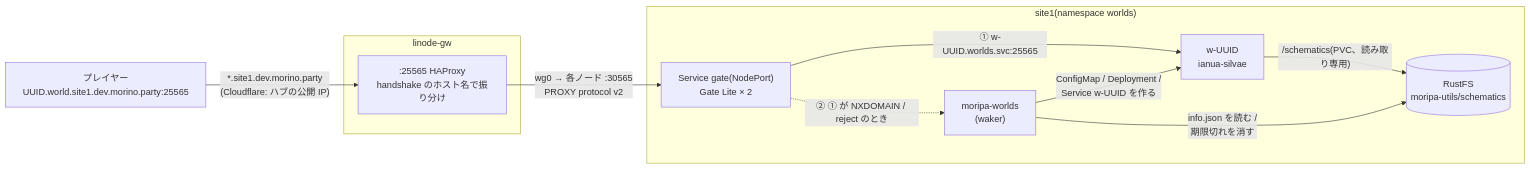
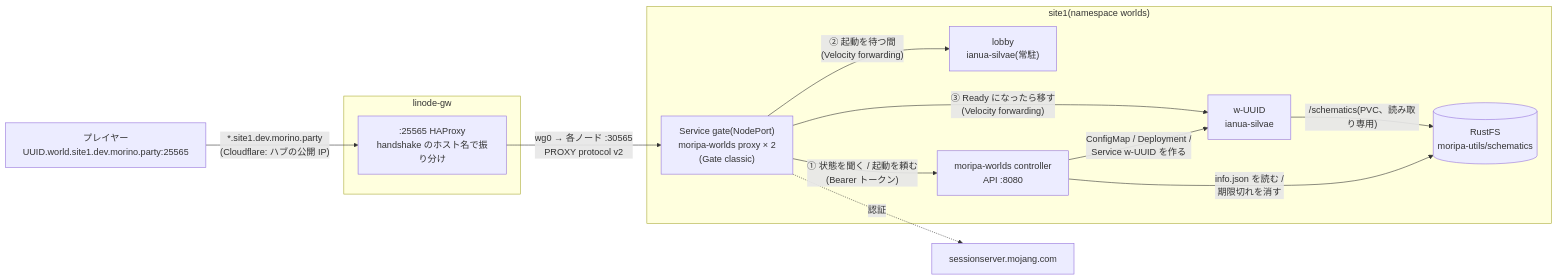
Before and after one commit to morinoparty/moripa-infra: the diagram in docs/content/docs/admin/worlds.mdx, drawn with Mermaid. The commit also changed other lines of this file and 8 other files, not shown here.

First line of the commit message:
worlds: 待合ロビーで起動を待たせ、Gate を組み込んだ moripa-worlds proxy からワールドへ移す構成に切り替える

````diff
--- a/docs/content/docs/admin/worlds.mdx
+++ b/docs/content/docs/admin/worlds.mdx
@@ -26,18 +35,21 @@
 ```mermaid
 flowchart LR
     P["プレイヤー<br/>UUID.world.site1.dev.morino.party:25565"] -- "*.site1.dev.morino.party<br/>(Cloudflare: ハブの公開 IP)" --> HAP
     subgraph GW["linode-gw"]
       HAP[":25565 HAProxy<br/>handshake のホスト名で振り分け"]
     end
     HAP -- "wg0 → 各ノード :30565<br/>PROXY protocol v2" --> GATE
     subgraph K8S["site1(namespace worlds)"]
-      GATE["Service gate(NodePort)<br/>Gate Lite × 2"]
+      GATE["Service gate(NodePort)<br/>moripa-worlds proxy × 2<br/>(Gate classic)"]
+      L["lobby<br/>ianua-silvae(常駐)"]
       W["w-UUID<br/>ianua-silvae"]
-      MW["moripa-worlds<br/>(waker)"]
-      GATE -- "① w-UUID.worlds.svc:25565" --> W
-      GATE -. "② ① が NXDOMAIN / reject のとき" .-> MW
+      MW["moripa-worlds controller<br/>API :8080"]
+      GATE -- "① 状態を聞く / 起動を頼む<br/>(Bearer トークン)" --> MW
+      GATE -- "② 起動を待つ間<br/>(Velocity forwarding)" --> L
+      GATE -- "③ Ready になったら移す<br/>(Velocity forwarding)" --> W
       MW -- "ConfigMap / Deployment /<br/>Service w-UUID を作る" --> W
       W -- "/schematics(PVC、読み取り専用)" --> S3[("RustFS<br/>moripa-utils/schematics")]
       MW -- "info.json を読む /<br/>期限切れを消す" --> S3
     end
+    GATE -. "認証" .-> MOJ["sessionserver.mojang.com"]
 ```
````
